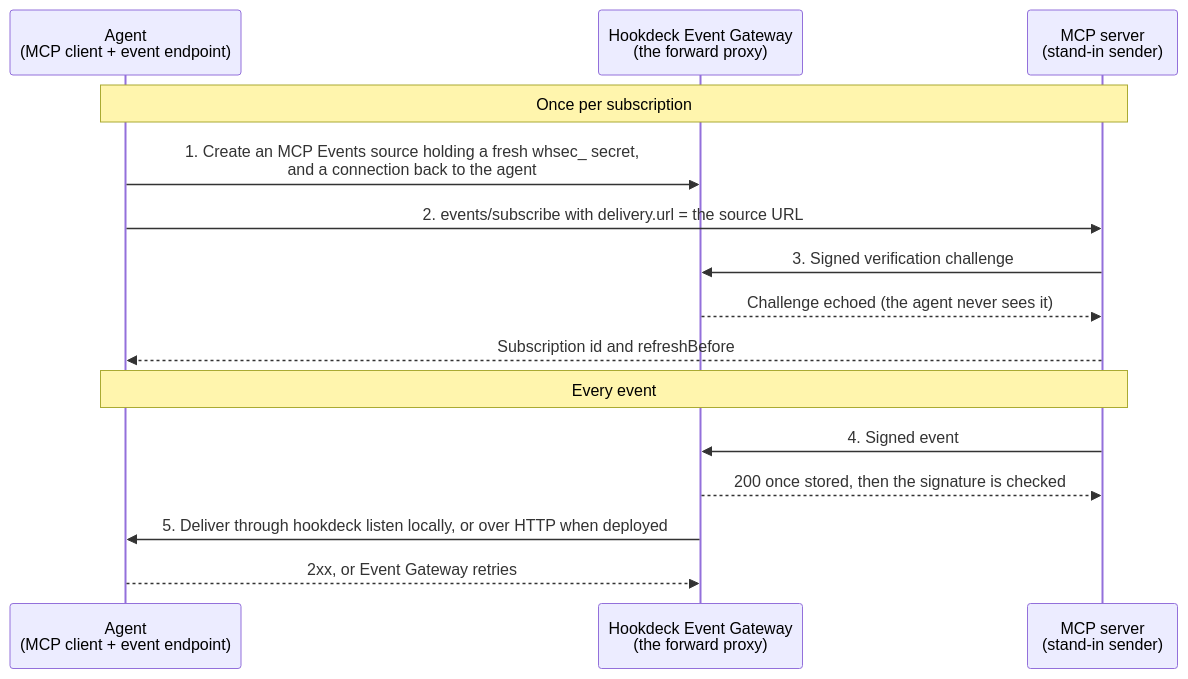
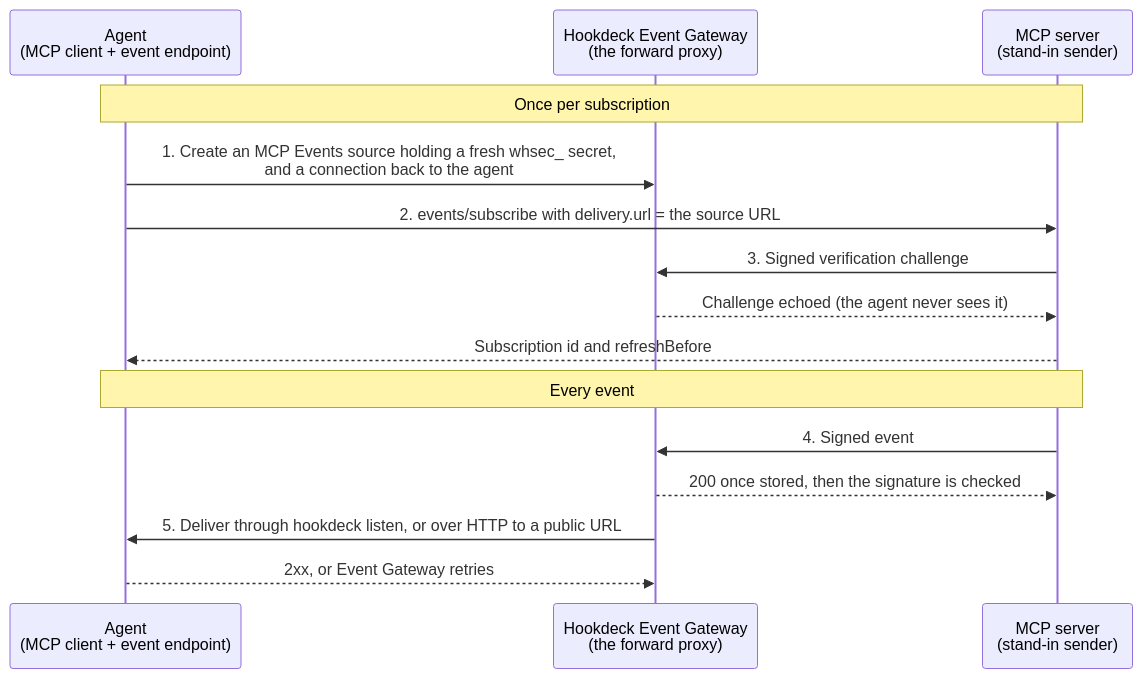
The diagram in hookdeck/mcp-events-forward-proxy/README.md (hookdeck/hookdeck-demos), drawn with Mermaid before and after one commit. The commit also changed other lines of this file and 3 other files, not shown here.

````diff
--- a/hookdeck/mcp-events-forward-proxy/README.md
+++ b/hookdeck/mcp-events-forward-proxy/README.md
@@ -9,17 +9,17 @@
 ```mermaid
 sequenceDiagram
     participant A as Agent<br>(MCP client + event endpoint)
     participant P as Hookdeck Event Gateway<br>(the forward proxy)
     participant S as MCP server<br>(stand-in sender)
     Note over A,S: Once per subscription
     A->>P: 1. Create an MCP Events source holding a fresh whsec_ secret,<br>and a connection back to the agent
     A->>S: 2. events/subscribe with delivery.url = the source URL
     S->>P: 3. Signed verification challenge
     P-->>S: Challenge echoed (the agent never sees it)
     S-->>A: Subscription id and refreshBefore
     Note over A,S: Every event
     S->>P: 4. Signed event
     P-->>S: 200 once stored, then the signature is checked
-    P->>A: 5. Deliver through hookdeck listen locally, or over HTTP when deployed
+    P->>A: 5. Deliver through hookdeck listen, or over HTTP to a public URL
     A-->>P: 2xx, or Event Gateway retries
 ```
````
